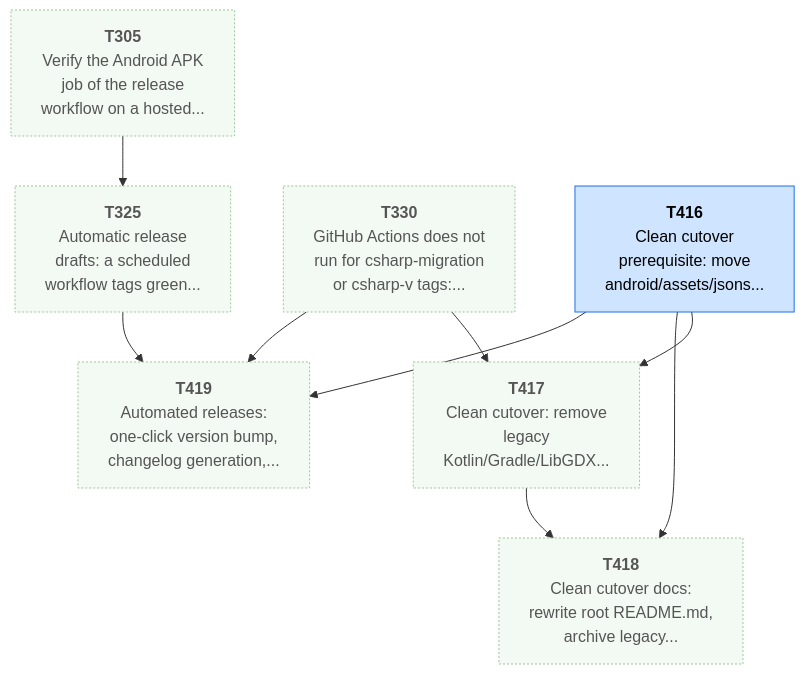
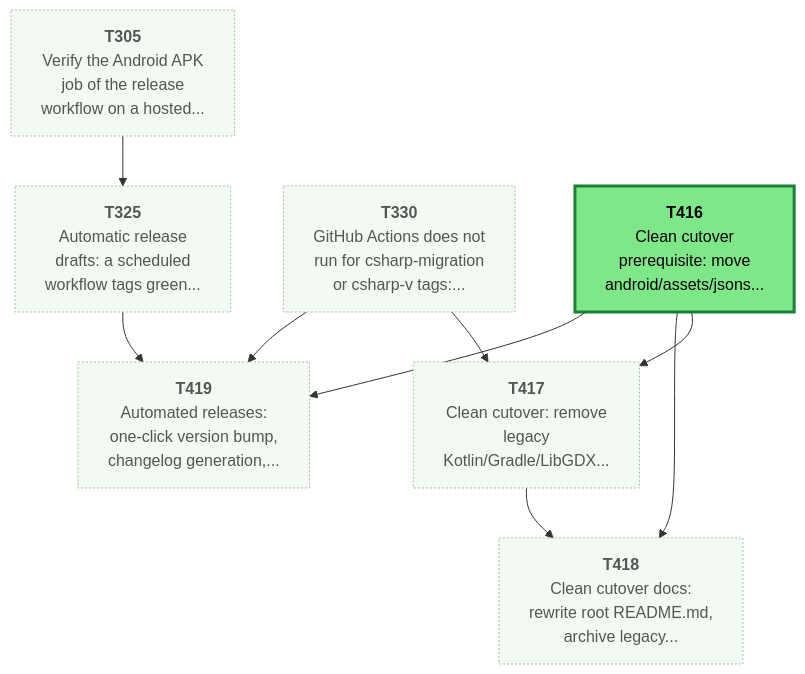
The first of 4 diagrams in csharp/migration/DEPENDENCY_MAP.md (Kenmura/UncivSharp), drawn with Mermaid before and after one commit. The commit also changed other lines of this file and 1 other file, not shown here.

Commit message:
migration: review T416 changes-requested

````diff
--- a/csharp/migration/DEPENDENCY_MAP.md
+++ b/csharp/migration/DEPENDENCY_MAP.md
@@ -53,32 +54,32 @@
 ```mermaid
 flowchart TD
   T305["<b>T305</b><br/>Verify the Android APK<br/>job of the release<br/>workflow on a hosted..."]
   T325["<b>T325</b><br/>Automatic release<br/>drafts: a scheduled<br/>workflow tags green..."]
   T330["<b>T330</b><br/>GitHub Actions does not<br/>run for csharp-migration<br/>or csharp-v tags:..."]
   T416["<b>T416</b><br/>Clean cutover<br/>prerequisite: move<br/>android/assets/jsons..."]
   T417["<b>T417</b><br/>Clean cutover: remove<br/>legacy<br/>Kotlin/Gradle/LibGDX..."]
   T418["<b>T418</b><br/>Clean cutover docs:<br/>rewrite root README.md,<br/>archive legacy..."]
   T419["<b>T419</b><br/>Automated releases:<br/>one-click version bump,<br/>changelog generation,..."]
   T305 --> T325
   T416 --> T417
   T330 --> T417
   T416 --> T418
   T417 --> T418
   T325 --> T419
   T330 --> T419
   T416 --> T419
   classDef waiting fill:#f3faf3,stroke:#9bc49b,color:#555,stroke-dasharray:2 2
   classDef ondeck fill:#ffe8cc,stroke:#e8590c,stroke-width:3px,color:#000
   classDef ready fill:#7ee787,stroke:#1a7f37,stroke-width:3px,color:#000
   classDef prog fill:#fff3b0,stroke:#b58900,color:#000
   classDef review fill:#cfe4ff,stroke:#1f6feb,color:#000
   classDef blocked fill:#ffd6d6,stroke:#c62828,color:#000
   classDef done fill:#eeeeee,stroke:#999999,color:#666,stroke-dasharray:4 3
   class T305 waiting
   class T325 waiting
   class T330 waiting
-  class T416 review
+  class T416 ready
   class T417 waiting
   class T418 waiting
   class T419 waiting
 ```
````
